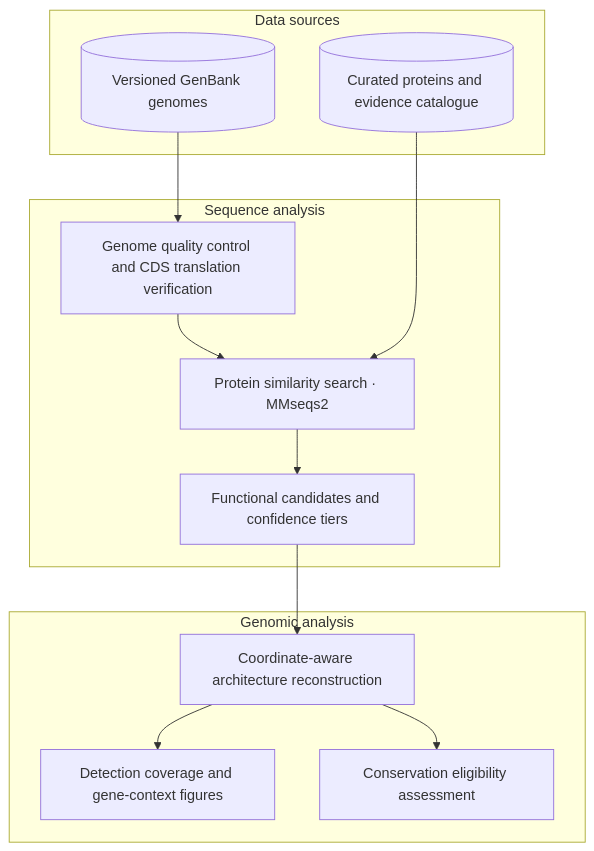
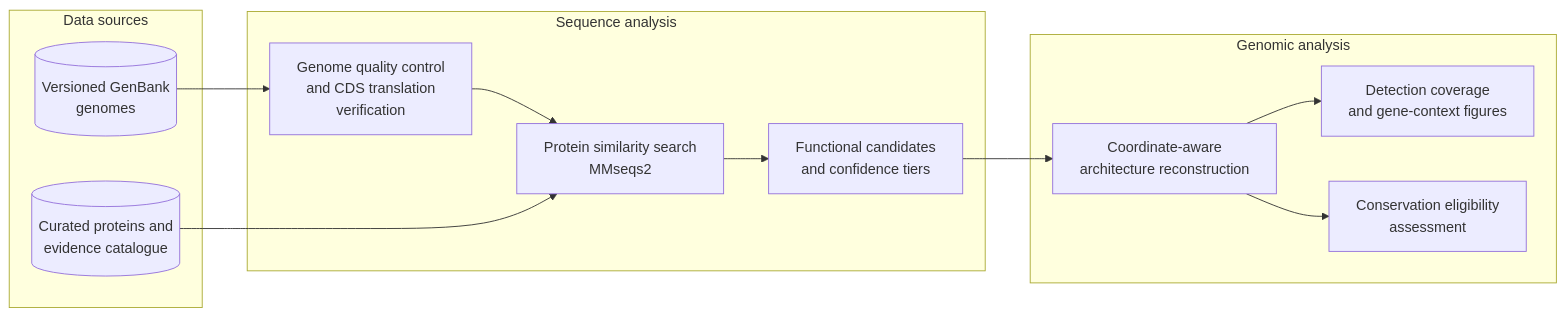
The diagram in README.md (Qasim-Hussain-Code/actinophage-lysis-evolution), drawn with Mermaid before and after one commit.

Commit message:
refine_workflow

````diff
--- a/README.md
+++ b/README.md
@@ -15,25 +15,25 @@
 ```mermaid
-flowchart TB
+flowchart LR
     subgraph Inputs["Data sources"]
-        G[("Versioned GenBank genomes")]
-        R[("Curated proteins and evidence catalogue")]
+        G[("Versioned GenBank<br/>genomes")]
+        R[("Curated proteins and<br/>evidence catalogue")]
     end
 
     subgraph Processing["Sequence analysis"]
-        Q["Genome quality control and CDS translation verification"]
-        S["Protein similarity search · MMseqs2"]
-        C["Functional candidates and confidence tiers"]
+        Q["Genome quality control<br/>and CDS translation<br/>verification"]
+        S["Protein similarity search<br/>MMseqs2"]
+        C["Functional candidates<br/>and confidence tiers"]
     end
 
     subgraph Interpretation["Genomic analysis"]
-        A["Coordinate-aware architecture reconstruction"]
-        O["Detection coverage and gene-context figures"]
-        E["Conservation eligibility assessment"]
+        A["Coordinate-aware<br/>architecture reconstruction"]
+        O["Detection coverage<br/>and gene-context figures"]
+        E["Conservation eligibility<br/>assessment"]
     end
 
     G --> Q --> S
     R --> S
     S --> C --> A
     A --> O
     A --> E
 ```
````
